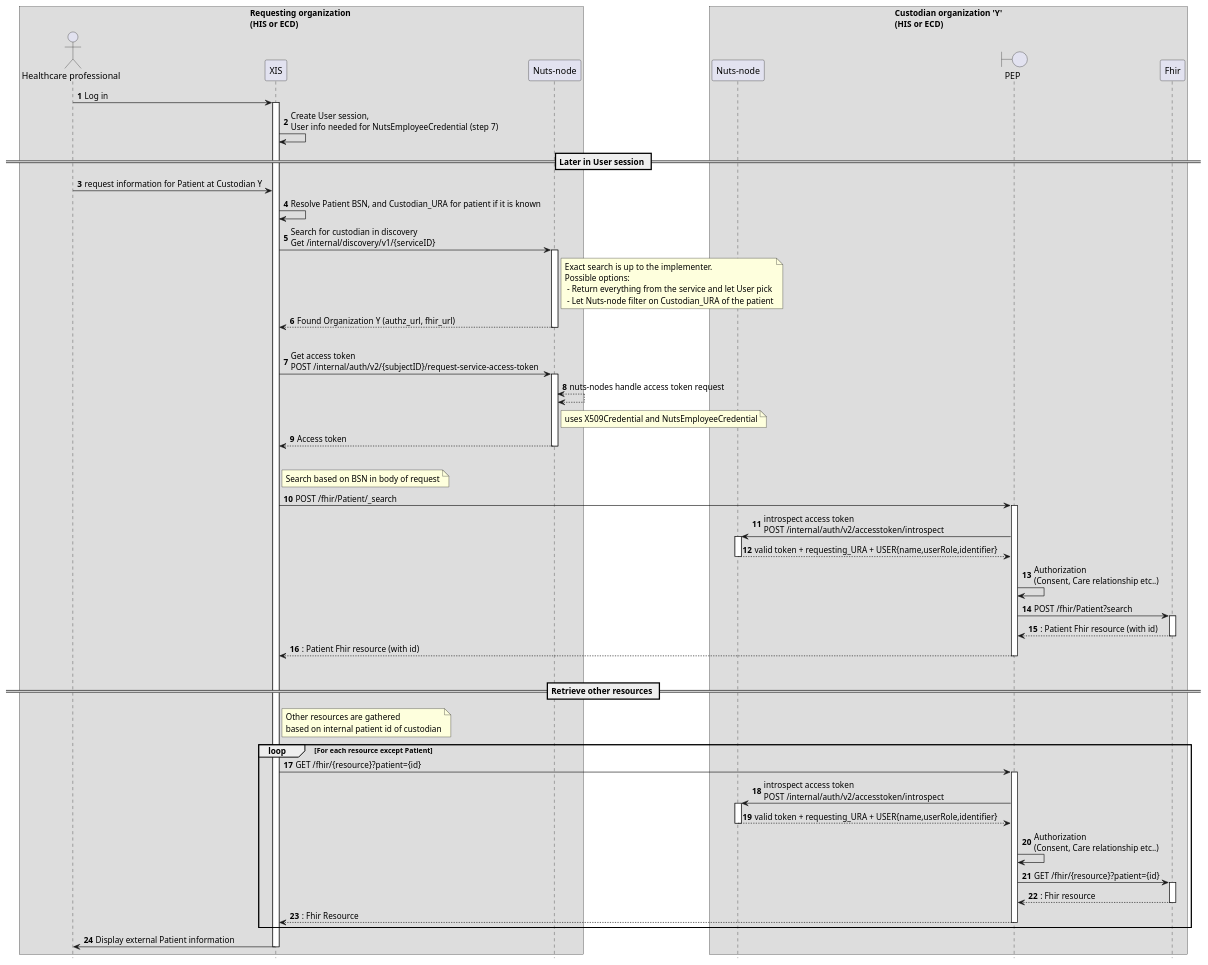
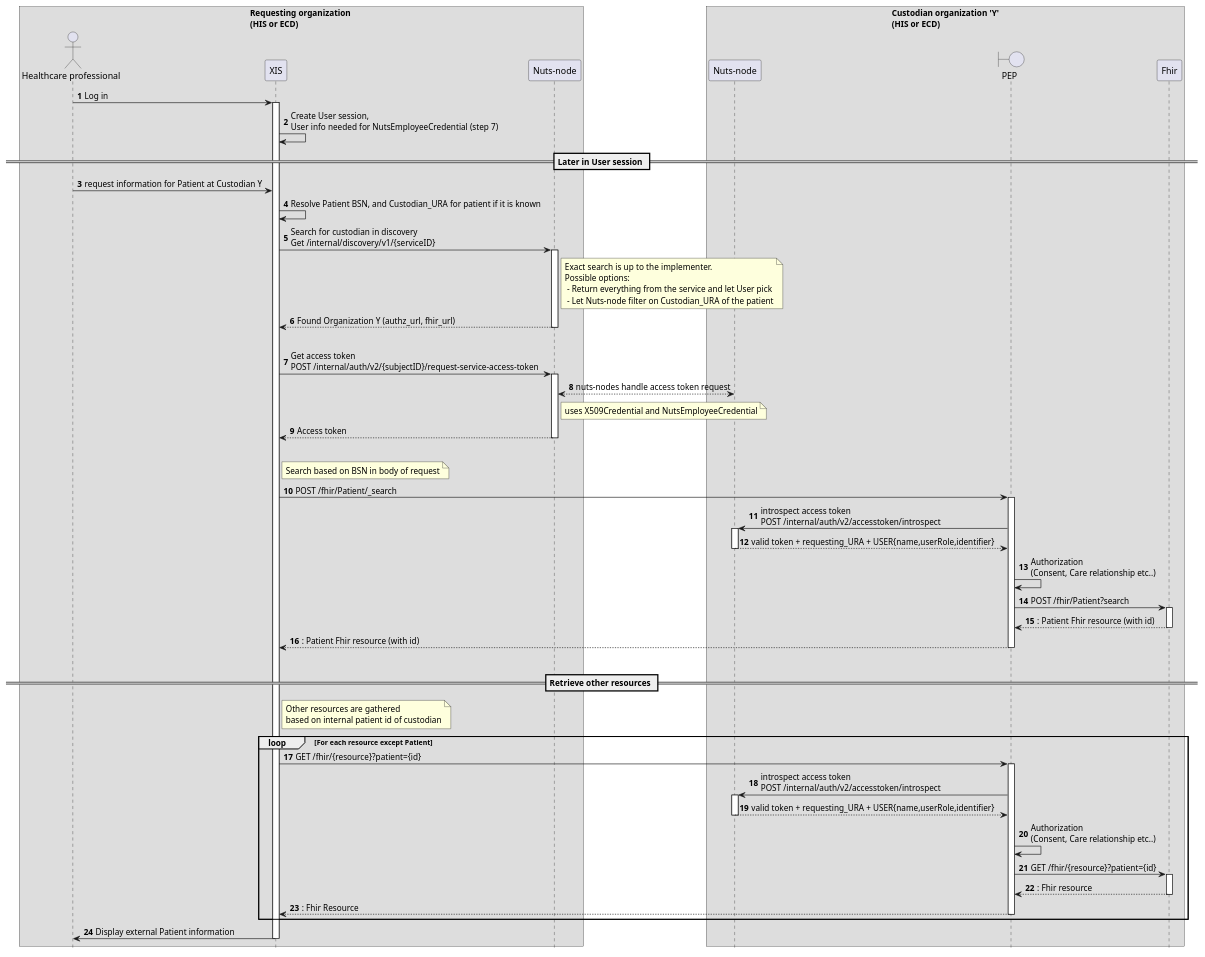
One commit to nuts-foundation/toepassing-zorginzage-ha-vvt changed the diagram in img/sequence-diagram-generalized-resource-request.puml. Above: the diagram before and after it, drawn with PlantUML.

Commit message:
Fix sequence diagram for generalized resource request process

```diff
--- a/img/sequence-diagram-generalized-resource-request.puml
+++ b/img/sequence-diagram-generalized-resource-request.puml
@@ -1,61 +1,61 @@
 @startuml
 hide footbox
 autonumber
 skinparam BoxPadding 20
 
 box Requesting organization \n(HIS or ECD)
 actor "Healthcare professional" as User
 participant XIS as req
 participant "Nuts-node" as rn
 end box
 
 
 box Custodian organization 'Y'\n(HIS or ECD)
 participant "Nuts-node" as cn
 boundary PEP
 participant Fhir
 end box
 User -> req++ : Log in
 req -> req : Create User session, \nUser info needed for NutsEmployeeCredential (step 7)
 
 == Later in User session ==
 
-User -> req  : request information for Patient at Custodian Y
+User -> req: request information for Patient at Custodian Y
     req -> req: Resolve Patient BSN, and Custodian_URA for patient if it is known
 
     req -> rn++: Search for custodian in discovery \nGet /internal/discovery/v1/{serviceID}
         note right of rn: Exact search is up to the implementer. \nPossible options:\n - Return everything from the service and let User pick\n - Let Nuts-node filter on Custodian_URA of the patient
         rn --> req --: Found Organization Y (authz_url, fhir_url)
     |||
 
     req -> rn++: Get access token \nPOST /internal/auth/v2/{subjectID}/request-service-access-token
-        rn <--> rn : nuts-nodes handle access token request
+        rn <--> cn : nuts-nodes handle access token request
         note right of rn : uses X509Credential and NutsEmployeeCredential
         rn --> req-- : Access token
     |||
 
     note right of req: Search based on BSN in body of request
     req -> PEP++: POST /fhir/Patient/_search
     PEP -> cn++ : introspect access token\nPOST /internal/auth/v2/accesstoken/introspect
     PEP <-- cn-- : valid token + requesting_URA + USER{name,userRole,identifier}
     PEP -> PEP: Authorization \n(Consent, Care relationship etc..)
     PEP -> Fhir++: POST /fhir/Patient?search
     return: Patient Fhir resource (with id)
     return: Patient Fhir resource (with id)
 
     |||
    == Retrieve other resources ==
 
     note right of req: Other resources are gathered \nbased on internal patient id of custodian
     loop For each resource except Patient
         req -> PEP++: GET /fhir/{resource}?patient={id}
             PEP -> cn++ : introspect access token\nPOST /internal/auth/v2/accesstoken/introspect
                 PEP <-- cn-- : valid token + requesting_URA + USER{name,userRole,identifier}
             PEP -> PEP: Authorization \n(Consent, Care relationship etc..)
             PEP -> Fhir++: GET /fhir/{resource}?patient={id}
             return: Fhir resource
             return: Fhir Resource
     end loop
     User <- req --: Display external Patient information
 
 @enduml
```
